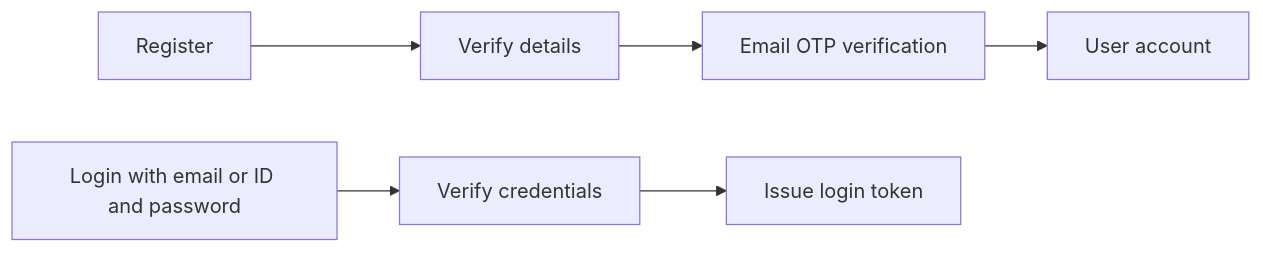
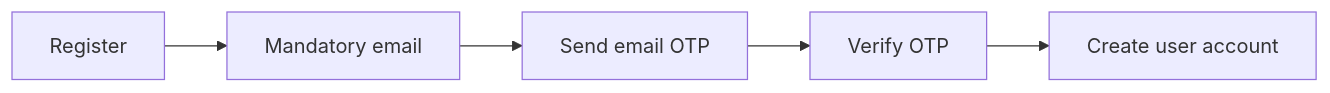
The first of 2 diagrams in canvas/architecture/auth-and-access.md (adityavarmachandika/aham-docs), drawn with Mermaid before and after one commit. The commit also changed other lines of this file and 17 other files, not shown here.

````diff
--- a/canvas/architecture/auth-and-access.md
+++ b/canvas/architecture/auth-and-access.md
@@ -7,9 +7,7 @@
 ```mermaid
 flowchart LR
-    R[Register] --> V[Verify details]
-    V --> O[Email OTP verification]
-    O --> U[User account]
-
-    L[Login with email or ID and password] --> C[Verify credentials]
-    C --> T[Issue login token]
+    R[Register] --> E[Mandatory email]
+    E --> O[Send email OTP]
+    O --> V[Verify OTP]
+    V --> U[Create user account]
 ```
````
